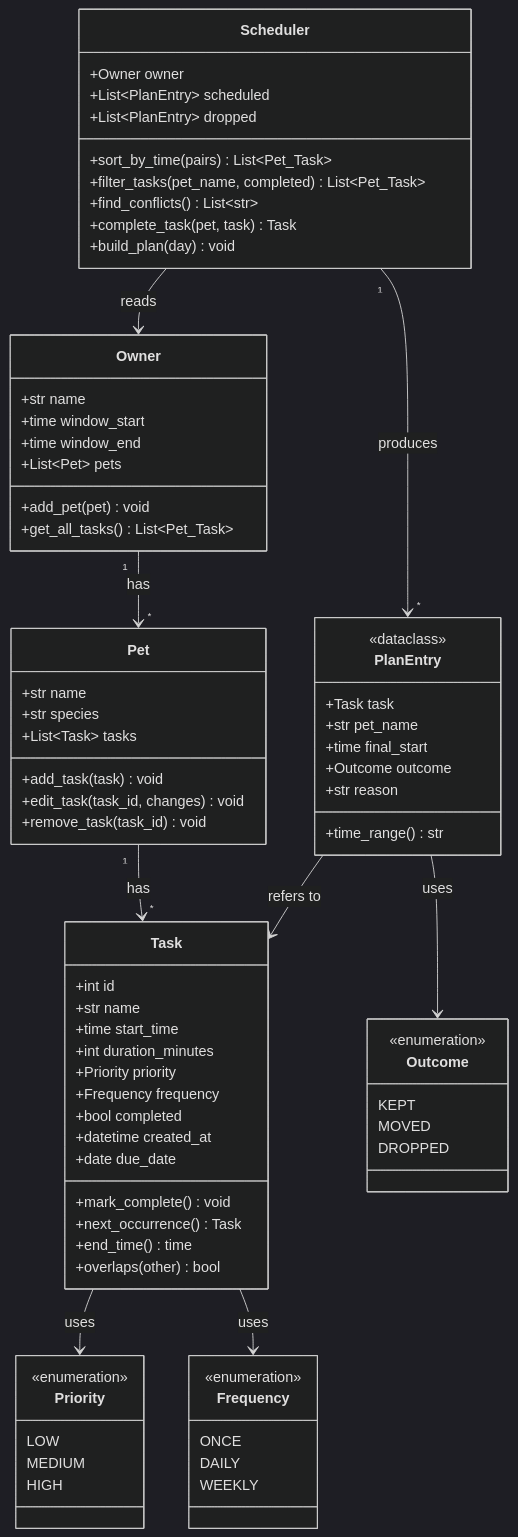
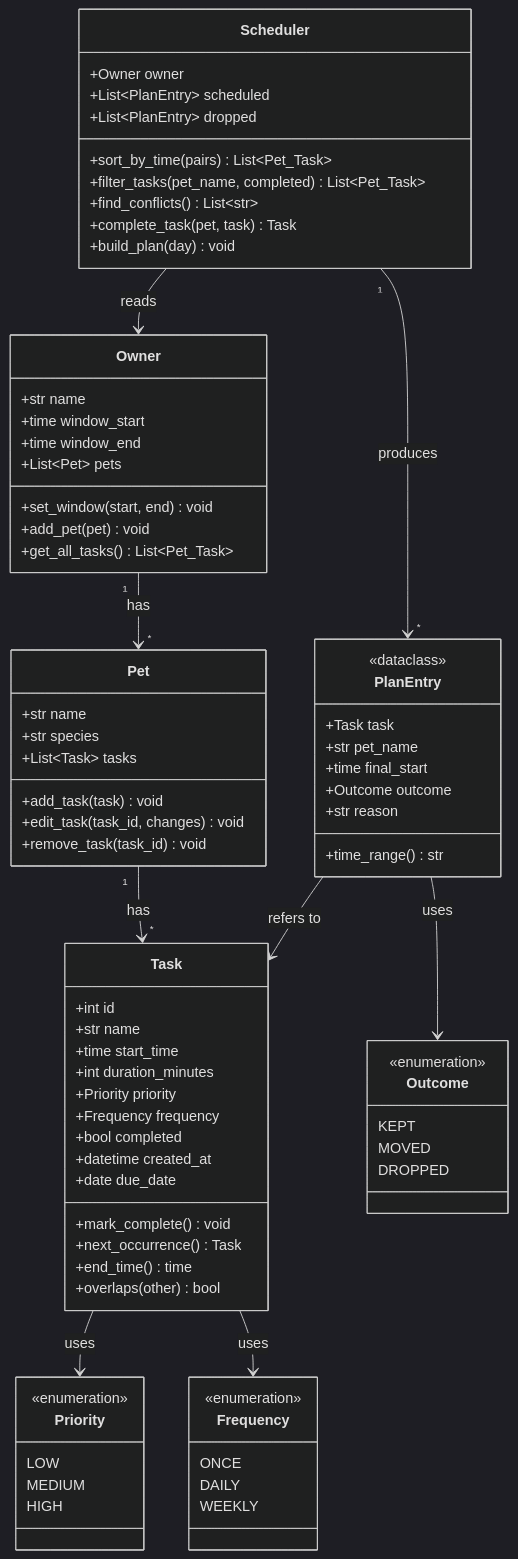
One commit to HaKh27/ai110-module2show-pawpal-starter changed the diagram in diagrams/uml.mmd. Above: the diagram before and after it, drawn with Mermaid (dark theme). The commit also changed 5 other files, not shown here.

```diff
--- a/diagrams/uml.mmd
+++ b/diagrams/uml.mmd
@@ -1,85 +1,86 @@
 classDiagram
     class Owner {
         +str name
         +time window_start
         +time window_end
         +List~Pet~ pets
+        +set_window(start, end) void
         +add_pet(pet) void
         +get_all_tasks() List~Pet_Task~
     }
 
     class Pet {
         +str name
         +str species
         +List~Task~ tasks
         +add_task(task) void
         +edit_task(task_id, changes) void
         +remove_task(task_id) void
     }
 
     class Task {
         +int id
         +str name
         +time start_time
         +int duration_minutes
         +Priority priority
         +Frequency frequency
         +bool completed
         +datetime created_at
         +date due_date
         +mark_complete() void
         +next_occurrence() Task
         +end_time() time
         +overlaps(other) bool
     }
 
     class Priority {
         <<enumeration>>
         LOW
         MEDIUM
         HIGH
     }
 
     class Scheduler {
         +Owner owner
         +List~PlanEntry~ scheduled
         +List~PlanEntry~ dropped
         +sort_by_time(pairs) List~Pet_Task~
         +filter_tasks(pet_name, completed) List~Pet_Task~
         +find_conflicts() List~str~
         +complete_task(pet, task) Task
         +build_plan(day) void
     }
 
     class PlanEntry {
         <<dataclass>>
         +Task task
         +str pet_name
         +time final_start
         +Outcome outcome
         +str reason
         +time_range() str
     }
 
     class Frequency {
         <<enumeration>>
         ONCE
         DAILY
         WEEKLY
     }
 
     class Outcome {
         <<enumeration>>
         KEPT
         MOVED
         DROPPED
     }
 
     Owner "1" --> "*" Pet : has
     Pet "1" --> "*" Task : has
     Task --> Priority : uses
     Task --> Frequency : uses
     Scheduler --> Owner : reads
     Scheduler "1" --> "*" PlanEntry : produces
     PlanEntry --> Task : refers to
     PlanEntry --> Outcome : uses
```
